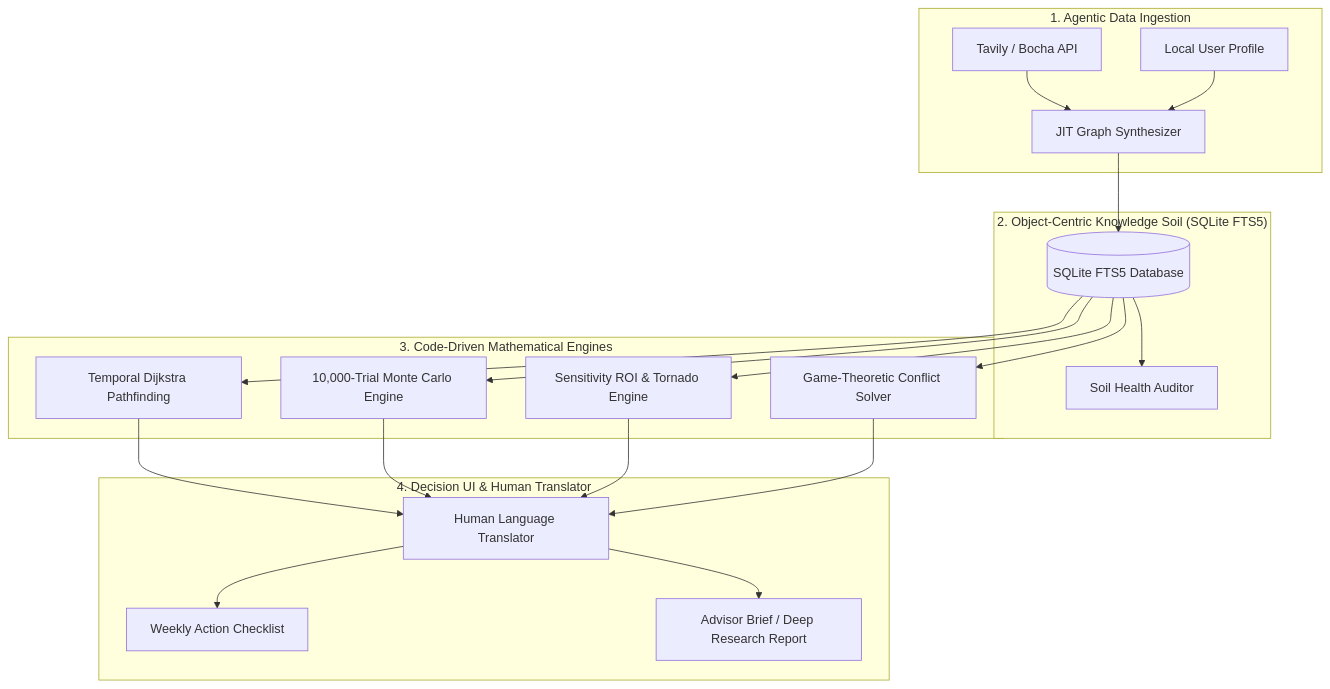
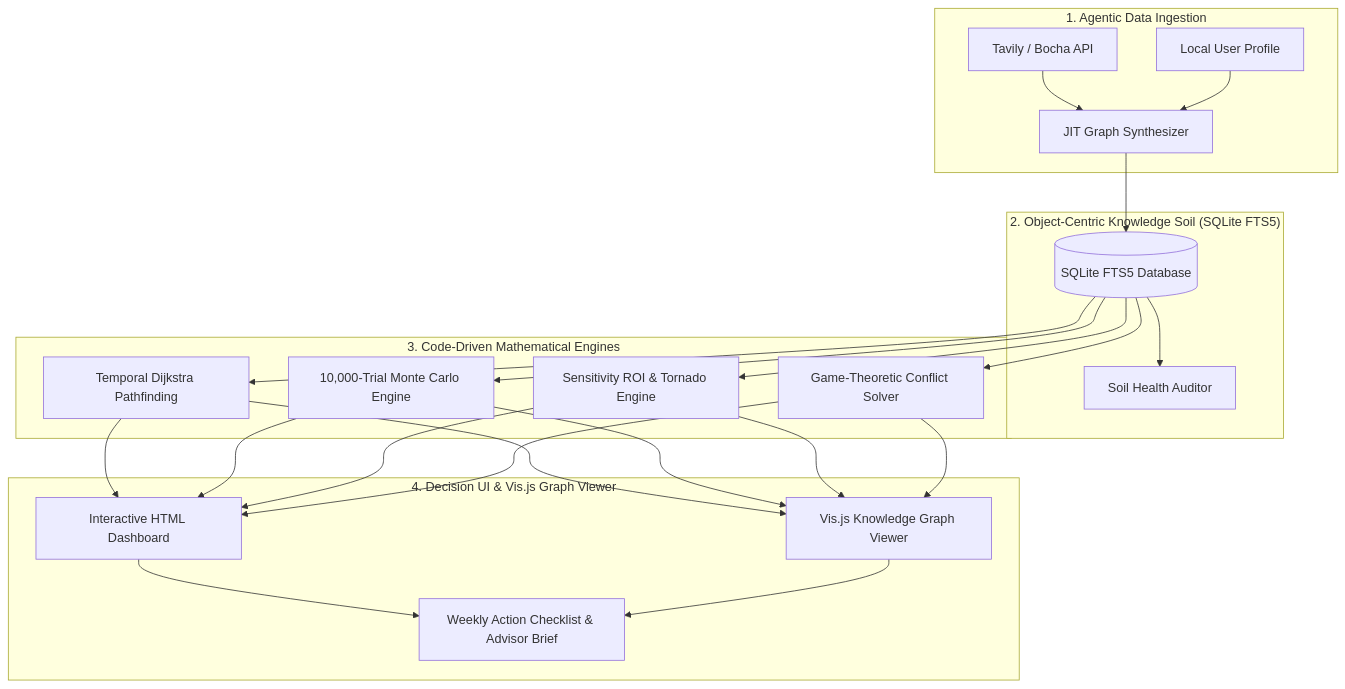
One commit to CaryK753/LifeTree-Skills changed the diagram in README.md. Above: the diagram before and after it, drawn with Mermaid. The commit also changed other lines of this file and 24 other files, not shown here.

Commit message:
feat: add interactive HTML Decision Dashboard generator and Vis.js Knowledge Graph Visualizer

````diff
--- a/README.md
+++ b/README.md
@@ -110,25 +116,25 @@
 ```mermaid
 flowchart TD
     subgraph DataIngestion["1. Agentic Data Ingestion"]
         A[Tavily / Bocha API] --> B[JIT Graph Synthesizer]
         C[Local User Profile] --> B
     end
 
     subgraph KnowledgeSoil["2. Object-Centric Knowledge Soil (SQLite FTS5)"]
         B --> D[(SQLite FTS5 Database)]
         D --> E[Soil Health Auditor]
     end
 
     subgraph CalculationEngines["3. Code-Driven Mathematical Engines"]
         D --> F[Temporal Dijkstra Pathfinding]
         D --> G[10,000-Trial Monte Carlo Engine]
         D --> H[Sensitivity ROI & Tornado Engine]
         D --> I[Game-Theoretic Conflict Solver]
     end
 
-    subgraph UserInterface["4. Decision UI & Human Translator"]
-        F & G & H & I --> J[Human Language Translator]
-        J --> K[Weekly Action Checklist]
-        J --> L[Advisor Brief / Deep Research Report]
+    subgraph UserInterface["4. Decision UI & Vis.js Graph Viewer"]
+        F & G & H & I --> J[Interactive HTML Dashboard]
+        F & G & H & I --> K[Vis.js Knowledge Graph Viewer]
+        J & K --> L[Weekly Action Checklist & Advisor Brief]
     end
 ```
````
